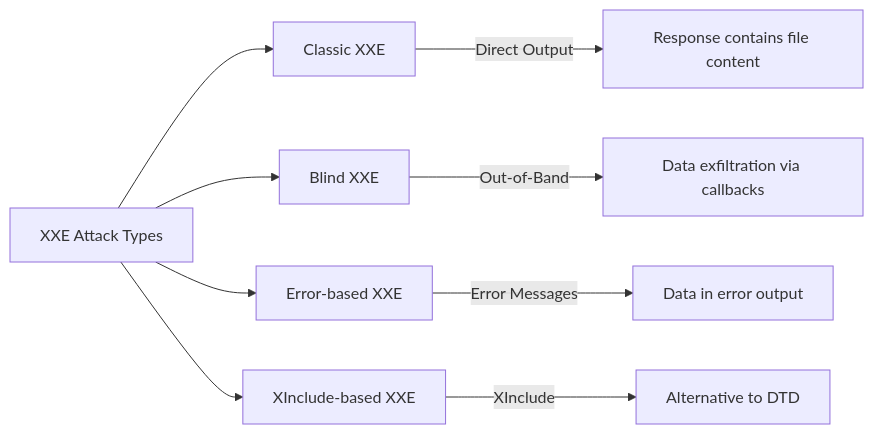
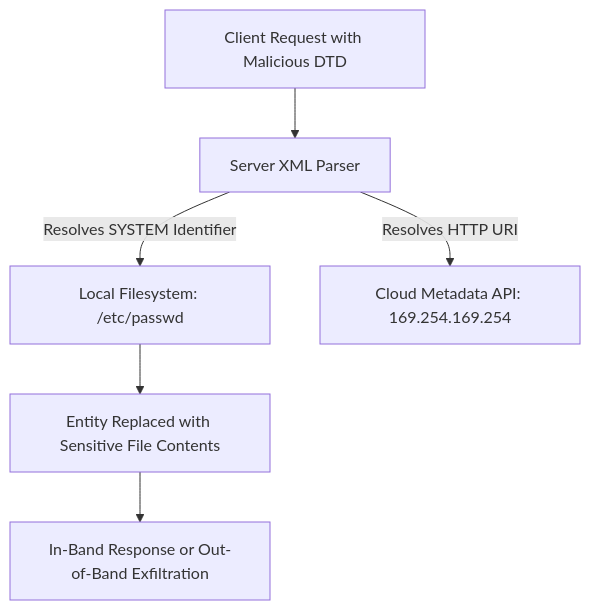
One commit to afshinShh/ObsNotes changed the diagram in wiki/web-and-bug-bounty/concepts/xml-external-entity-injection.md. Above: the diagram before and after it, drawn with Mermaid. The commit also changed other lines of this file and 32 other files, not shown here.

````diff
--- a/wiki/web-and-bug-bounty/concepts/xml-external-entity-injection.md
+++ b/wiki/web-and-bug-bounty/concepts/xml-external-entity-injection.md
@@ -96,12 +63,8 @@
 ```mermaid
-flowchart LR
-    A[XXE Attack Types] --> B[Classic XXE]
-    A --> C[Blind XXE]
-    A --> D[Error-based XXE]
-    A --> E[XInclude-based XXE]
-
-    B -->|"Direct Output"| B1[Response contains file content]
-    C -->|"Out-of-Band"| C1[Data exfiltration via callbacks]
-    D -->|"Error Messages"| D1[Data in error output]
-    E -->|"XInclude"| E1[Alternative to DTD]
+flowchart TD
+    A[Client Request with Malicious DTD] --> B[Server XML Parser]
+    B -->|Resolves SYSTEM Identifier| C[Local Filesystem: /etc/passwd]
+    B -->|Resolves HTTP URI| D[Cloud Metadata API: 169.254.169.254]
+    C --> E[Entity Replaced with Sensitive File Contents]
+    E --> F[In-Band Response or Out-of-Band Exfiltration]
 ```
````
